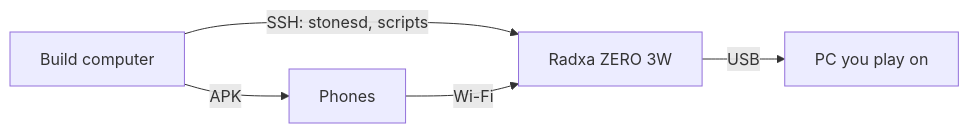
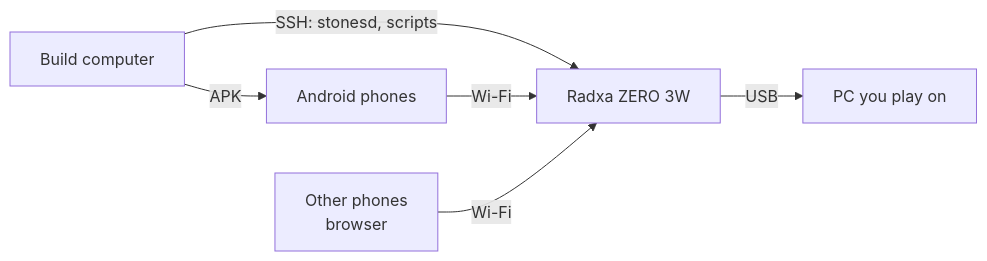
One commit to Saccharoze/phones-as-usb-gamepads changed the diagram in docs/01-install.md. Above: the diagram before and after it, drawn with Mermaid. The commit also changed other lines of this file and 4 other files, not shown here.

````diff
--- a/docs/01-install.md
+++ b/docs/01-install.md
@@ -7,7 +8,8 @@
 ```mermaid
 flowchart LR
   B["Build computer"] -- "SSH: stonesd, scripts" --> Z["Radxa ZERO 3W"]
-  B -- "APK" --> P["Phones"]
+  B -- "APK" --> P["Android phones"]
   P -- "Wi-Fi" --> Z
+  W["Other phones<br/>browser"] -- "Wi-Fi" --> Z
   Z -- "USB" --> PC["PC you play on"]
 ```
````
